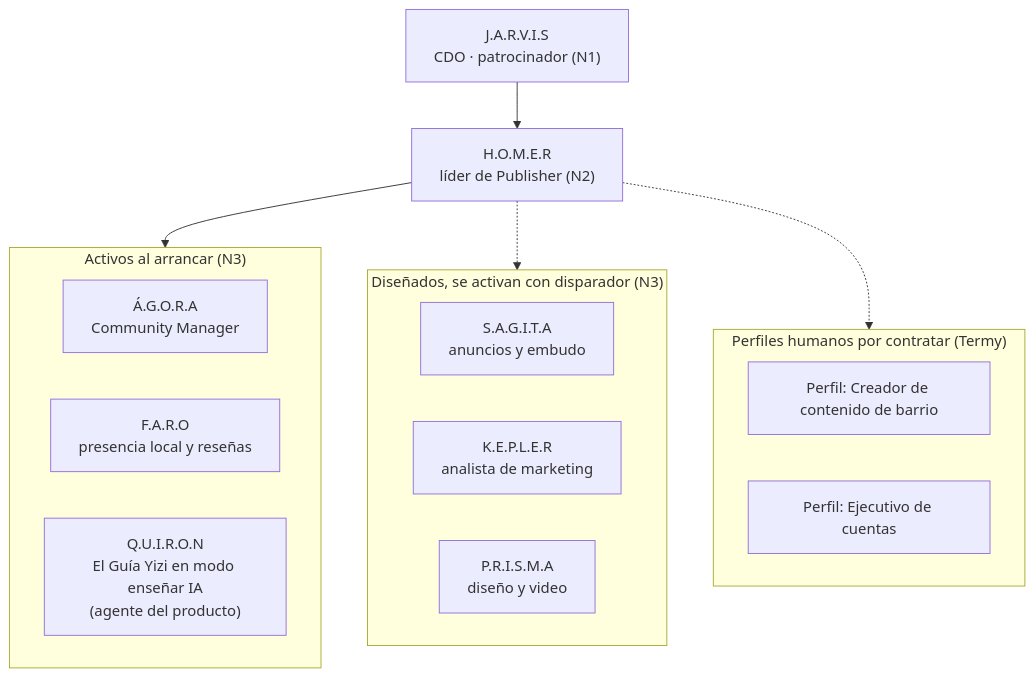
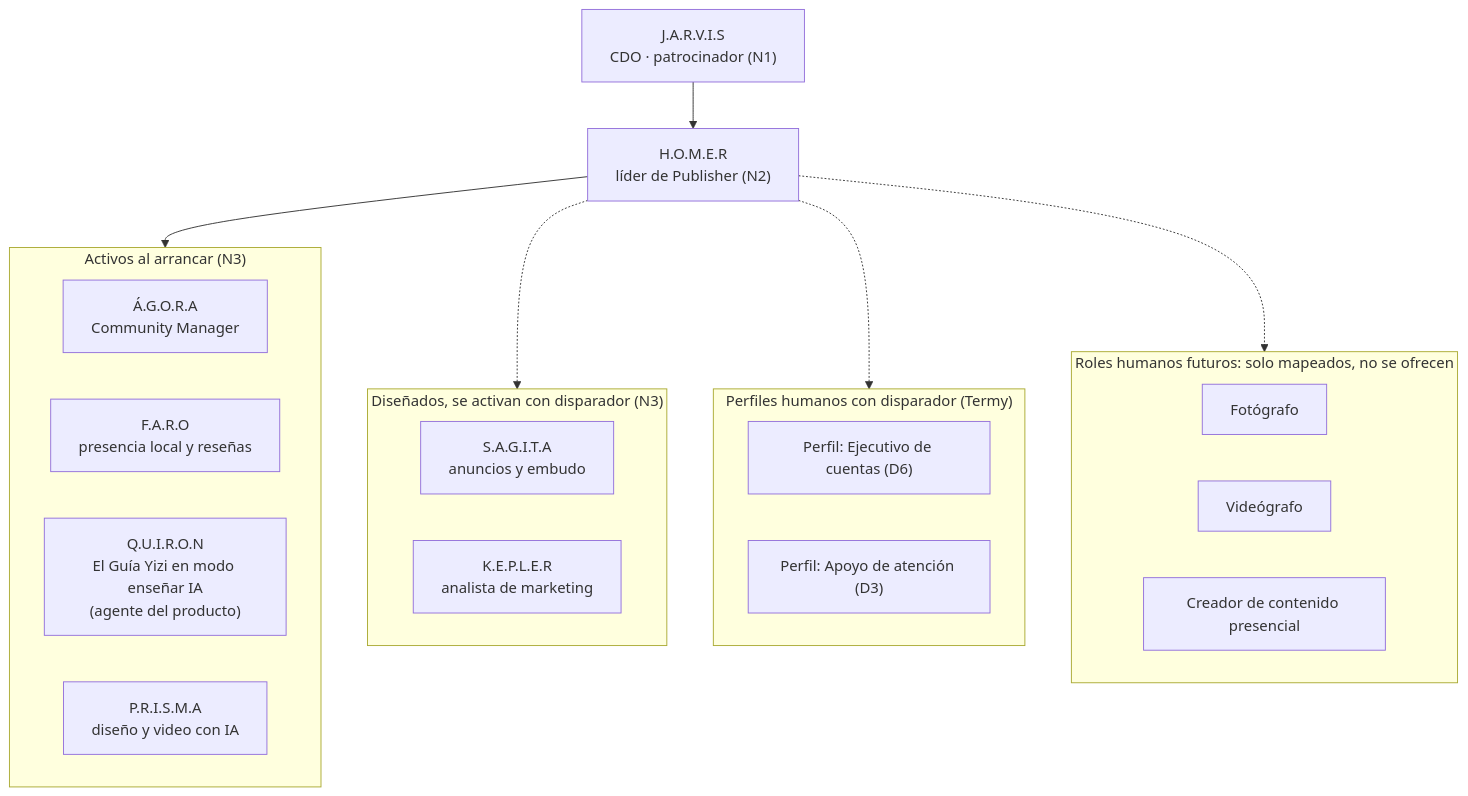
The diagram in openspec/changes/activar-yizi-publisher/estudio/aida-equipo-v2.md (Yizi-Digital/yizi-workflow), drawn with Mermaid before and after one commit. The commit also changed other lines of this file and 1 other file, not shown here.

First line of the commit message:
activar-yizi-publisher: catálogo v2, solo remoto con IA (Jarvis)

````diff
--- a/openspec/changes/activar-yizi-publisher/estudio/aida-equipo-v2.md
+++ b/openspec/changes/activar-yizi-publisher/estudio/aida-equipo-v2.md
@@ -208,30 +236,38 @@
 ```mermaid
 flowchart TB
     JARVIS["J.A.R.V.I.S<br/>CDO · patrocinador (N1)"]
     HOMER["H.O.M.E.R<br/>líder de Publisher (N2)"]
     JARVIS --> HOMER
 
     subgraph ACT["Activos al arrancar (N3)"]
         direction LR
         AGORA["Á.G.O.R.A<br/>Community Manager"]
         FARO["F.A.R.O<br/>presencia local y reseñas"]
         QUIRON["Q.U.I.R.O.N<br/>El Guía Yizi en modo enseñar IA<br/>(agente del producto)"]
+        PRISMA["P.R.I.S.M.A<br/>diseño y video con IA"]
     end
 
     subgraph DIS["Diseñados, se activan con disparador (N3)"]
         direction LR
         SAGITA["S.A.G.I.T.A<br/>anuncios y embudo"]
         KEPLER["K.E.P.L.E.R<br/>analista de marketing"]
-        PRISMA["P.R.I.S.M.A<br/>diseño y video"]
     end
 
-    subgraph PER["Perfiles humanos por contratar (Termy)"]
+    subgraph PER["Perfiles humanos con disparador (Termy)"]
         direction LR
-        CREADOR["Perfil: Creador de contenido de barrio"]
-        EJECUTIVO["Perfil: Ejecutivo de cuentas"]
+        EJECUTIVO["Perfil: Ejecutivo de cuentas (D6)"]
+        ATENCION["Perfil: Apoyo de atención (D3)"]
+    end
+
+    subgraph FUT["Roles humanos futuros: solo mapeados, no se ofrecen"]
+        direction LR
+        FOTO["Fotógrafo"]
+        VIDEO["Videógrafo"]
+        CREADOR["Creador de contenido presencial"]
     end
 
     HOMER --> ACT
     HOMER -.-> DIS
     HOMER -.-> PER
+    HOMER -.-> FUT
 ```
````
